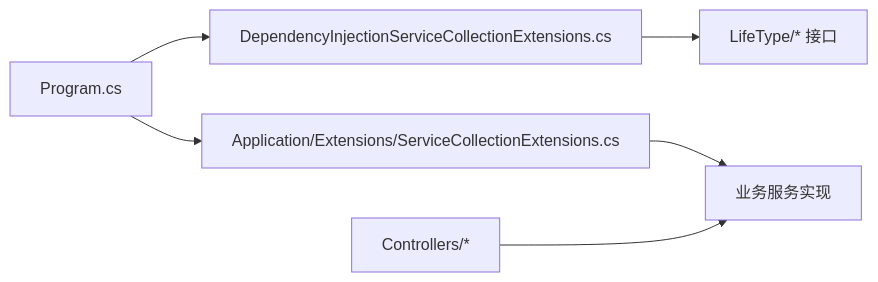
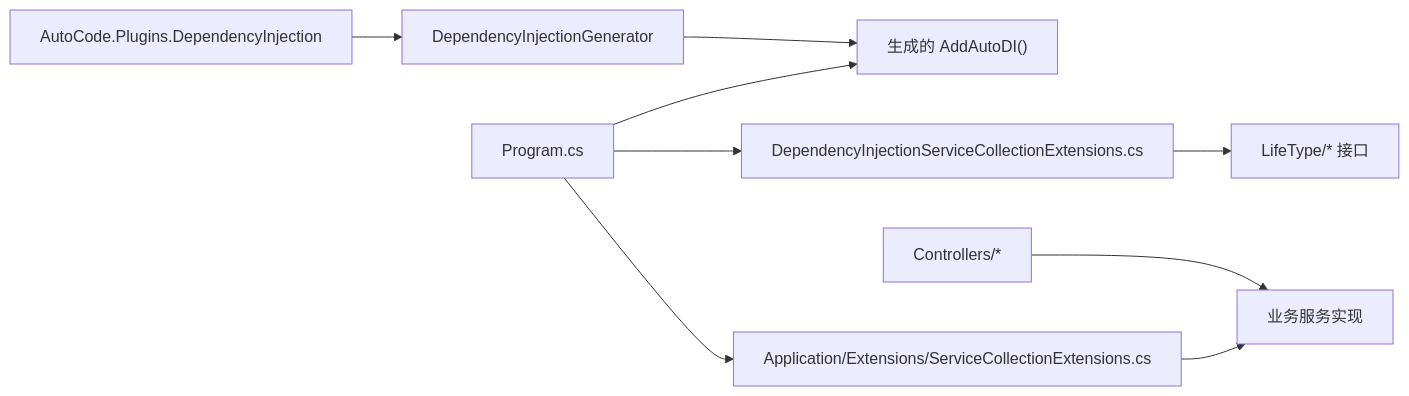
Before and after one commit to alivy/AutoCode: the eighth of 8 diagrams in .qoder/repowiki/zh/content/核心概念/依赖注入集成.md, drawn with Mermaid. The commit also changed other lines of this file and 279 other files, not shown here.

````diff
--- a/.qoder/repowiki/zh/content/核心概念/依赖注入集成.md
+++ b/.qoder/repowiki/zh/content/核心概念/依赖注入集成.md
@@ -259,8 +311,11 @@
 ```mermaid
 graph LR
-Program["Program.cs"] --> DIExt["DependencyInjectionServiceCollectionExtensions.cs"]
+Program["Program.cs"] --> Generated["生成的 AddAutoDI()"]
+Program --> DIExt["DependencyInjectionServiceCollectionExtensions.cs"]
 Program --> AppExt["Application/Extensions/ServiceCollectionExtensions.cs"]
 DIExt --> LifeTypes["LifeType/* 接口"]
 AppExt --> Services["业务服务实现"]
 Controllers["Controllers/*"] --> Services
+Plugin["AutoCode.Plugins.DependencyInjection"] --> Gen["DependencyInjectionGenerator"]
+Gen --> Generated
 ```
````
